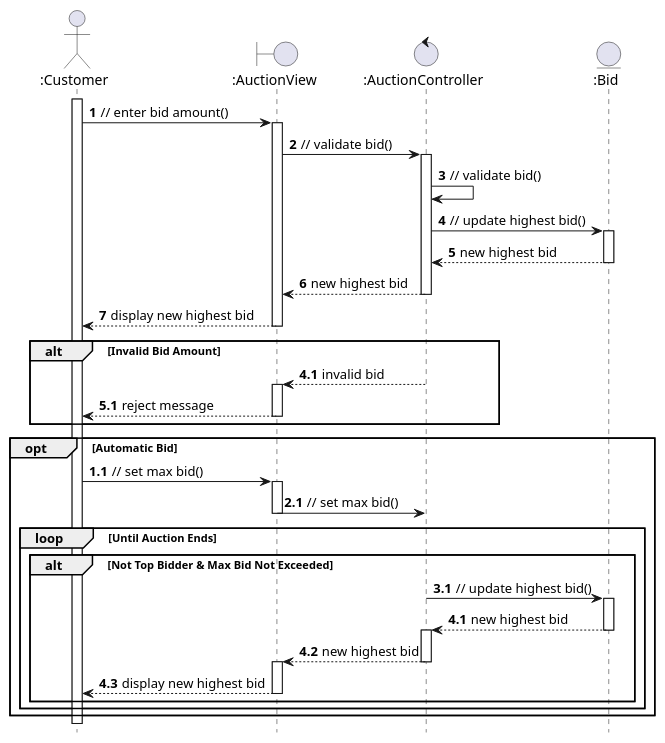
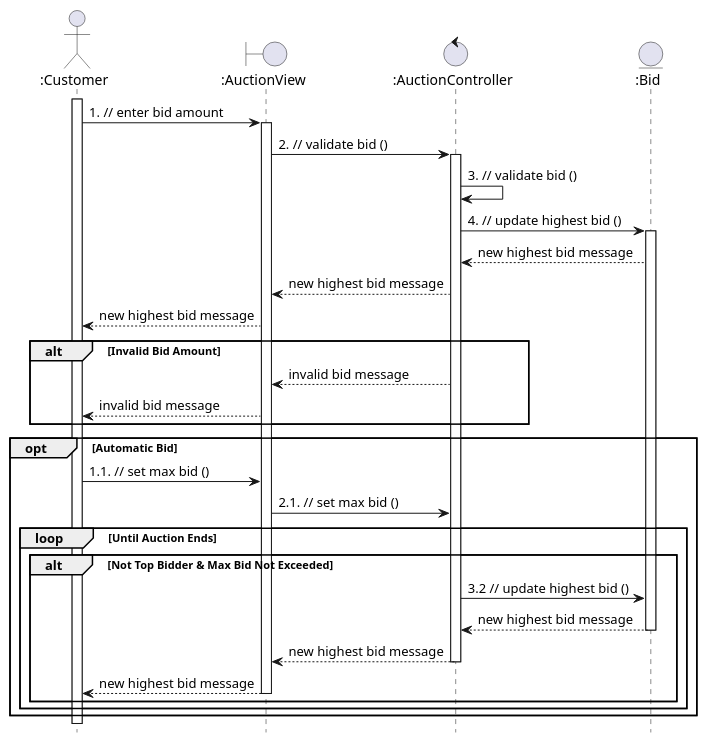
One commit to anhbanlinhle/velocity-exchange changed the diagram in uml/analysis/sequence/place_bid.pu. Above: the diagram before and after it, drawn with PlantUML.

Commit message:
doc[lynn]: analysis sequence no. 18

```diff
--- a/uml/analysis/sequence/place_bid.pu
+++ b/uml/analysis/sequence/place_bid.pu
@@ -1,59 +1,43 @@
 @startuml
 hide footbox
 
-autonumber
 
 actor ":Customer" as Customer
 boundary ":AuctionView" as AuctionView
 control ":AuctionController" as AuctionController
 entity ":Bid" as Bid
 Customer ++
-  Customer -> AuctionView : // enter bid amount()
+  Customer -> AuctionView : 1. // enter bid amount
   activate AuctionView
-    AuctionView -> AuctionController : // validate bid()
+    AuctionView -> AuctionController : 2. // validate bid ()
     activate AuctionController
-      AuctionController -> AuctionController : // validate bid()
-      AuctionController -> Bid : // update highest bid()
+      AuctionController -> AuctionController : 3. // validate bid ()
+      AuctionController -> Bid : 4. // update highest bid ()
       activate Bid
-        Bid --> AuctionController : new highest bid
-      deactivate Bid
-      AuctionController --> AuctionView : new highest bid
-    deactivate AuctionController
-    AuctionView --> Customer : display new highest bid
-  deactivate AuctionView
+        Bid --> AuctionController : new highest bid message
+
+      AuctionController --> AuctionView : new highest bid message
+    AuctionView --> Customer : new highest bid message
 
 alt Invalid Bid Amount
-  autonumber 4.1
-  AuctionController --> AuctionView : invalid bid
-  autonumber inc A
-  activate AuctionView
-    AuctionView --> Customer : reject message
-  deactivate AuctionView
+  AuctionController --> AuctionView : invalid bid message
+    AuctionView --> Customer : invalid bid message
 end
 
 opt Automatic Bid
-  autonumber 1.1
-    Customer -> AuctionView : // set max bid()
-    autonumber inc A
-    activate AuctionView
-      AuctionView -> AuctionController : // set max bid()
-      autonumber inc A
-    deactivate AuctionView
+    Customer -> AuctionView : 1.1. // set max bid ()
+      AuctionView -> AuctionController : 2.1. // set max bid ()
     loop Until Auction Ends
       alt Not Top Bidder & Max Bid Not Exceeded
-        AuctionController -> Bid : // update highest bid()
-        autonumber inc A
-        activate Bid
-          Bid --> AuctionController : new highest bid
+        AuctionController -> Bid : 3.2 // update highest bid ()
+          Bid --> AuctionController : new highest bid message
         deactivate Bid
-        activate AuctionController
-          AuctionController --> AuctionView : new highest bid
+          AuctionController --> AuctionView : new highest bid message
         deactivate AuctionController
-        activate AuctionView
-          AuctionView --> Customer : display new highest bid
+          AuctionView --> Customer : new highest bid message
         deactivate AuctionView
       end
     end
 end
 
 @enduml
```
